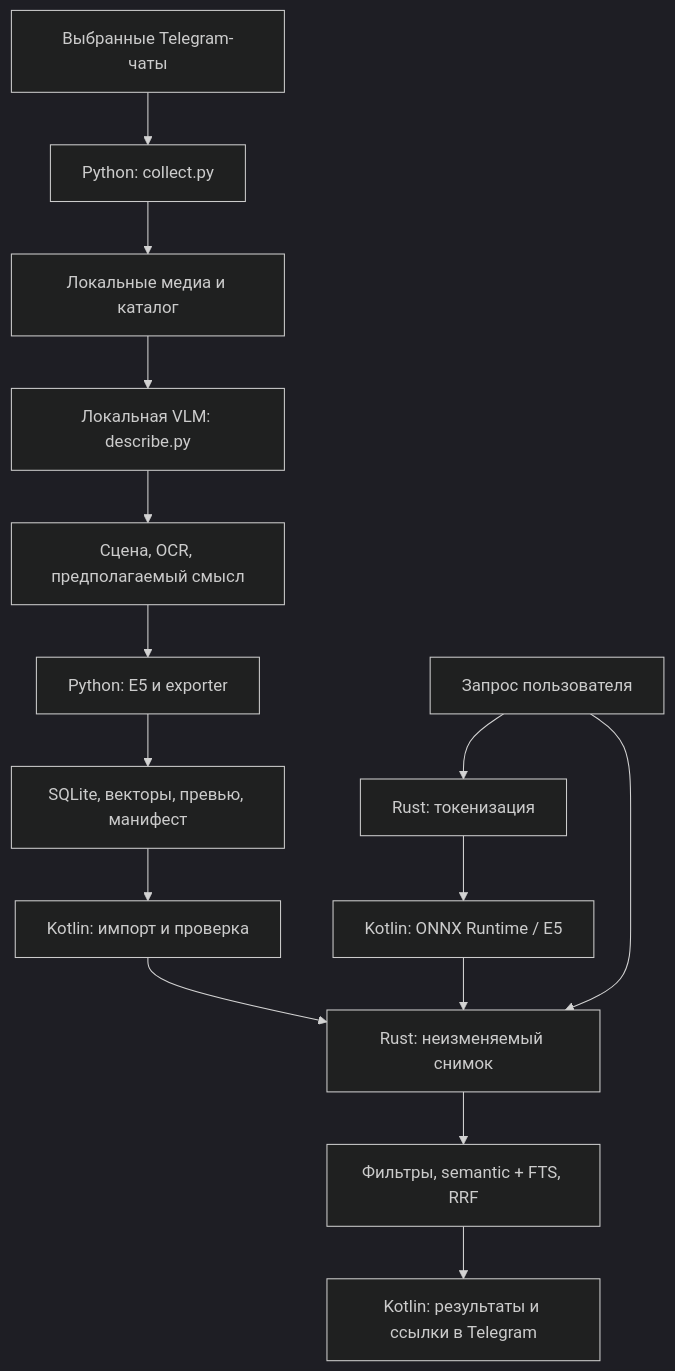
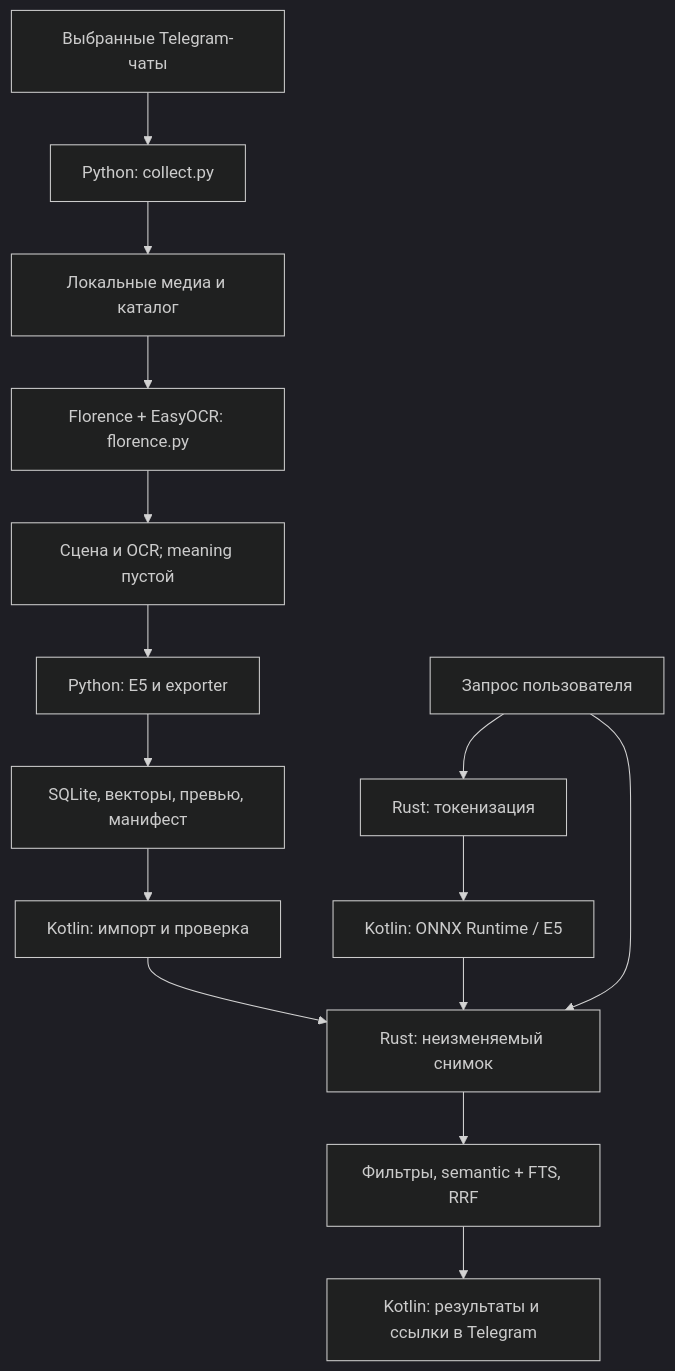
One commit to MIvi-test/tg_visor changed the diagram in docs/ARCHITECTURE.md. Above: the diagram before and after it, drawn with Mermaid (dark theme). The commit also changed other lines of this file and 43 other files, not shown here.

````diff
--- a/docs/ARCHITECTURE.md
+++ b/docs/ARCHITECTURE.md
@@ -11,17 +11,17 @@
 ```mermaid
 flowchart TD
     Chats[Выбранные Telegram-чаты] --> Collector[Python: collect.py]
     Collector --> Catalog[Локальные медиа и каталог]
-    Catalog --> VLM[Локальная VLM: describe.py]
-    VLM --> Descriptions[Сцена, OCR, предполагаемый смысл]
+    Catalog --> VLM[Florence + EasyOCR: florence.py]
+    VLM --> Descriptions[Сцена и OCR; meaning пустой]
     Descriptions --> Export[Python: E5 и exporter]
     Export --> Snapshot[SQLite, векторы, превью, манифест]
     Snapshot --> Import[Kotlin: импорт и проверка]
     Import --> Core[Rust: неизменяемый снимок]
     Query[Запрос пользователя] --> Tokens[Rust: токенизация]
     Tokens --> Model[Kotlin: ONNX Runtime / E5]
     Model --> Core
     Query --> Core
     Core --> Results[Фильтры, semantic + FTS, RRF]
     Results --> UI[Kotlin: результаты и ссылки в Telegram]
 ```
````
